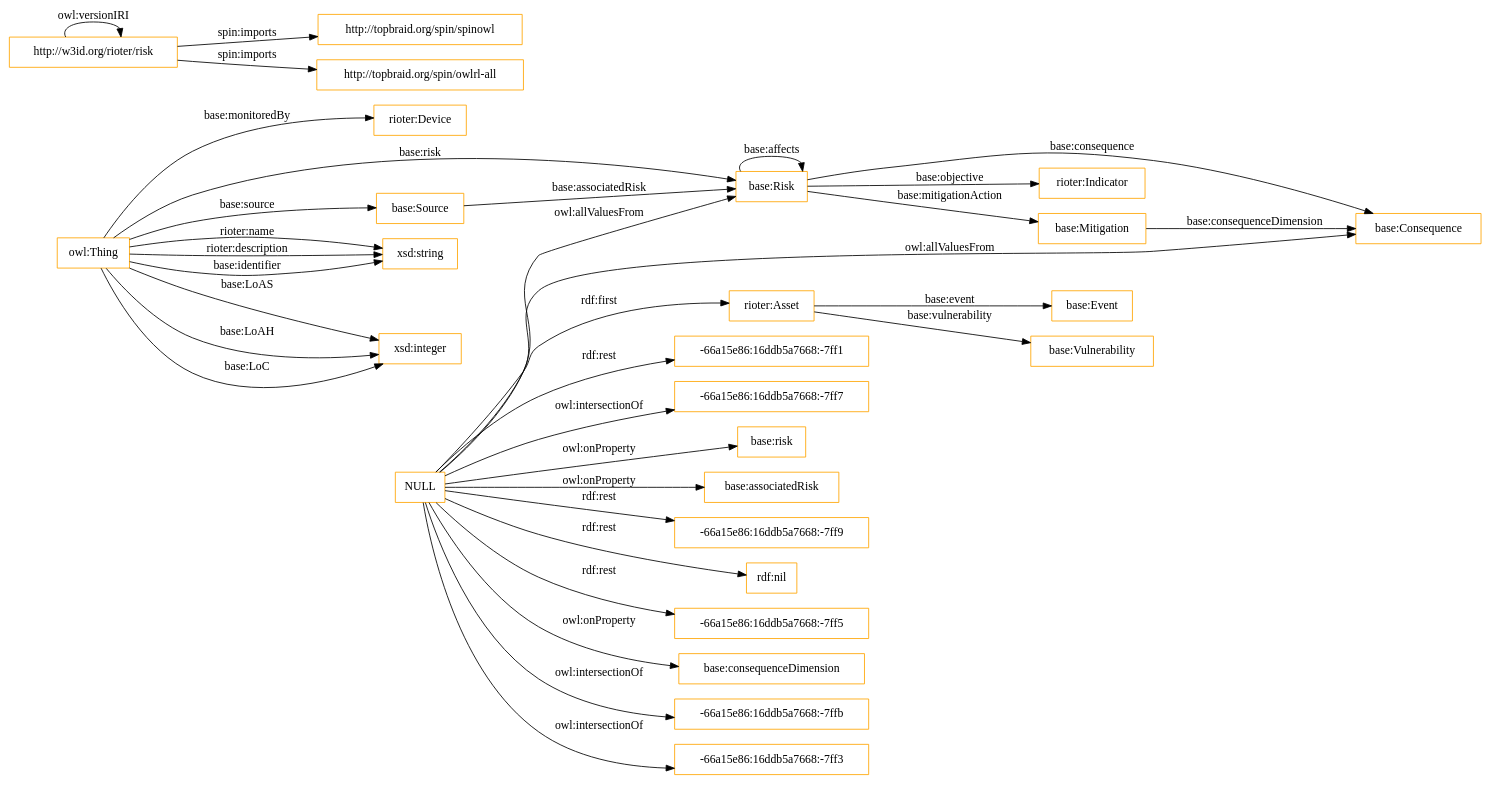
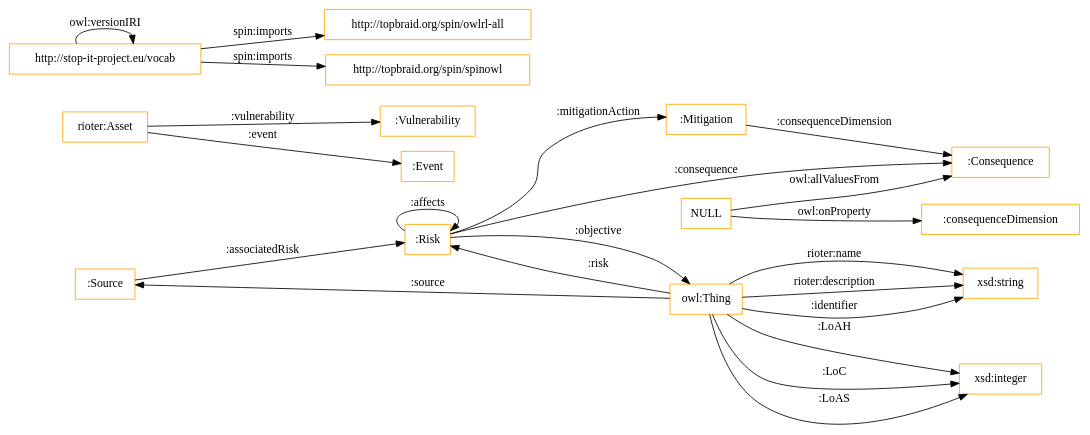
One commit to OnToologyUser/risk-ontology changed the diagram in OnToology/risk.owl/diagrams/ar2dtool-class/risk.owl.png.dot. Above: the diagram before and after it, drawn with Graphviz. The commit also changed 13 other files, not shown here.

```diff
--- a/OnToology/risk.owl/diagrams/ar2dtool-class/risk.owl.png.dot
+++ b/OnToology/risk.owl/diagrams/ar2dtool-class/risk.owl.png.dot
@@ -1,39 +1,27 @@
 digraph ar2dtool_diagram { 
 rankdir=LR;
 size="1501"
-node [shape = rectangle, color="orange"]; "rioter:Device" "base:Consequence" "base:Risk" "rioter:Asset" "base:Source" "base:Event" "rioter:Indicator" "base:Vulnerability" "base:Mitigation" ; /*classes style*/
-	"NULL" -> "base:Risk" [ label = "owl:allValuesFrom" ];
-	"NULL" -> "-66a15e86:16ddb5a7668:-7ff1" [ label = "rdf:rest" ];
-	"NULL" -> "-66a15e86:16ddb5a7668:-7ff7" [ label = "owl:intersectionOf" ];
-	"NULL" -> "base:risk" [ label = "owl:onProperty" ];
-	"NULL" -> "base:associatedRisk" [ label = "owl:onProperty" ];
-	"NULL" -> "rioter:Asset" [ label = "rdf:first" ];
-	"NULL" -> "-66a15e86:16ddb5a7668:-7ff9" [ label = "rdf:rest" ];
-	"NULL" -> "rdf:nil" [ label = "rdf:rest" ];
-	"NULL" -> "base:Consequence" [ label = "owl:allValuesFrom" ];
-	"NULL" -> "-66a15e86:16ddb5a7668:-7ff5" [ label = "rdf:rest" ];
-	"NULL" -> "base:consequenceDimension" [ label = "owl:onProperty" ];
-	"NULL" -> "-66a15e86:16ddb5a7668:-7ffb" [ label = "owl:intersectionOf" ];
-	"NULL" -> "-66a15e86:16ddb5a7668:-7ff3" [ label = "owl:intersectionOf" ];
-	"http://w3id.org/rioter/risk" -> "http://topbraid.org/spin/spinowl" [ label = "spin:imports" ];
-	"http://w3id.org/rioter/risk" -> "http://w3id.org/rioter/risk" [ label = "owl:versionIRI" ];
-	"http://w3id.org/rioter/risk" -> "http://topbraid.org/spin/owlrl-all" [ label = "spin:imports" ];
-	"owl:Thing" -> "base:Risk" [ label = "base:risk" ];
+node [shape = rectangle, color="orange"]; ":Source" ":Mitigation" ":Consequence" "rioter:Asset" ":Risk" ":Vulnerability" ":Event" ; /*classes style*/
+	"NULL" -> ":Consequence" [ label = "owl:allValuesFrom" ];
+	"NULL" -> ":consequenceDimension" [ label = "owl:onProperty" ];
+	"http://stop-it-project.eu/vocab" -> "http://topbraid.org/spin/owlrl-all" [ label = "spin:imports" ];
+	"http://stop-it-project.eu/vocab" -> "http://stop-it-project.eu/vocab" [ label = "owl:versionIRI" ];
+	"http://stop-it-project.eu/vocab" -> "http://topbraid.org/spin/spinowl" [ label = "spin:imports" ];
+	"rioter:Asset" -> ":Event" [ label = ":event" ];
+	"owl:Thing" -> ":Risk" [ label = ":risk" ];
+	":Risk" -> ":Risk" [ label = ":affects" ];
+	"owl:Thing" -> "xsd:integer" [ label = ":LoC" ];
 	"owl:Thing" -> "xsd:string" [ label = "rioter:name" ];
-	"rioter:Asset" -> "base:Event" [ label = "base:event" ];
-	"rioter:Asset" -> "base:Vulnerability" [ label = "base:vulnerability" ];
-	"owl:Thing" -> "xsd:integer" [ label = "base:LoAS" ];
+	"owl:Thing" -> ":Source" [ label = ":source" ];
 	"owl:Thing" -> "xsd:string" [ label = "rioter:description" ];
-	"base:Risk" -> "rioter:Indicator" [ label = "base:objective" ];
-	"owl:Thing" -> "xsd:string" [ label = "base:identifier" ];
-	"base:Risk" -> "base:Risk" [ label = "base:affects" ];
-	"owl:Thing" -> "base:Source" [ label = "base:source" ];
-	"base:Risk" -> "base:Consequence" [ label = "base:consequence" ];
-	"owl:Thing" -> "xsd:integer" [ label = "base:LoAH" ];
-	"base:Source" -> "base:Risk" [ label = "base:associatedRisk" ];
-	"base:Mitigation" -> "base:Consequence" [ label = "base:consequenceDimension" ];
-	"owl:Thing" -> "rioter:Device" [ label = "base:monitoredBy" ];
-	"owl:Thing" -> "xsd:integer" [ label = "base:LoC" ];
-	"base:Risk" -> "base:Mitigation" [ label = "base:mitigationAction" ];
+	":Source" -> ":Risk" [ label = ":associatedRisk" ];
+	"rioter:Asset" -> ":Vulnerability" [ label = ":vulnerability" ];
+	":Risk" -> ":Consequence" [ label = ":consequence" ];
+	"owl:Thing" -> "xsd:integer" [ label = ":LoAS" ];
+	"owl:Thing" -> "xsd:string" [ label = ":identifier" ];
+	":Risk" -> ":Mitigation" [ label = ":mitigationAction" ];
+	":Mitigation" -> ":Consequence" [ label = ":consequenceDimension" ];
+	"owl:Thing" -> "xsd:integer" [ label = ":LoAH" ];
+	":Risk" -> "owl:Thing" [ label = ":objective" ];
 
 }
```
